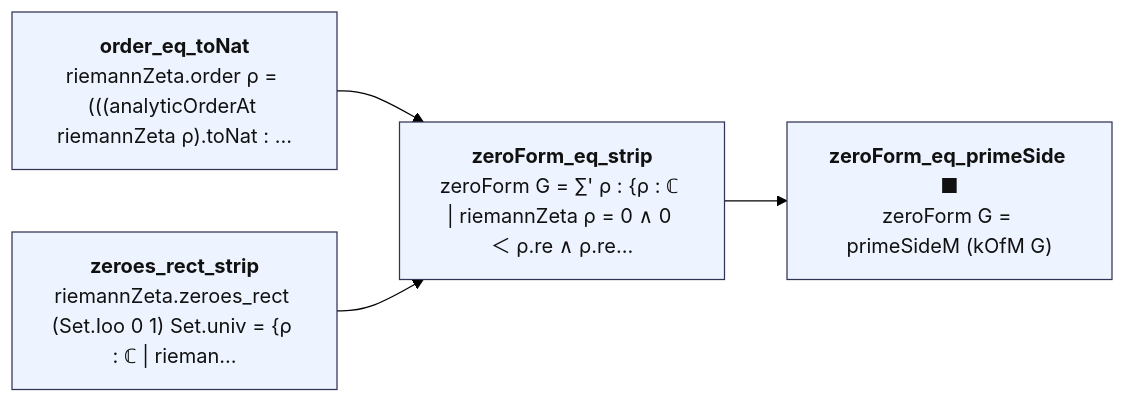
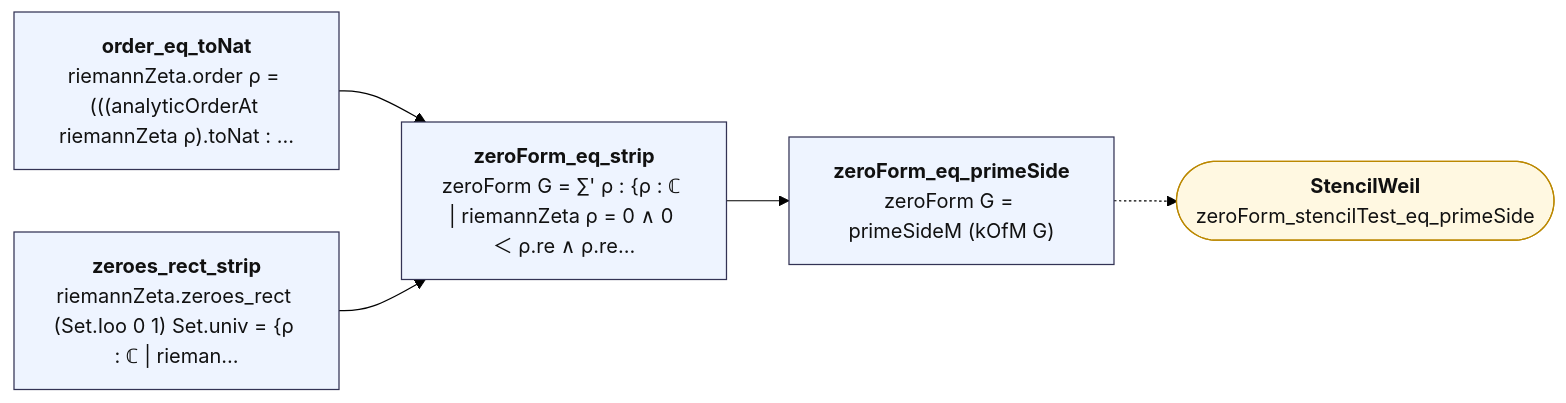
One commit to juliansambranojr/Primebeat_081426 changed the diagram in map/lean_stage3/WeilBridgeLeaf.mmd. Above: the diagram before and after it, drawn with Mermaid (forest theme). The commit also changed 28 other files, not shown here.

```diff
--- a/map/lean_stage3/WeilBridgeLeaf.mmd
+++ b/map/lean_stage3/WeilBridgeLeaf.mmd
@@ -1,16 +1,18 @@
 flowchart LR
   n0["<b>order_eq_toNat</b><br/>riemannZeta.order ρ = (((analyticOrderAt riemannZeta ρ).toNat : …"]:::thm
   n1["<b>zeroes_rect_strip</b><br/>riemannZeta.zeroes_rect (Set.Ioo 0 1) Set.univ = {ρ : ℂ | rieman…"]:::thm
   n2["<b>zeroForm_eq_strip</b><br/>zeroForm G = ∑' ρ : {ρ : ℂ | riemannZeta ρ = 0 ∧ 0 ＜ ρ.re ∧ ρ.re…"]:::thm
-  n3["<b>zeroForm_eq_primeSide ■</b><br/>zeroForm G = primeSideM (kOfM G)"]:::thm
+  n3["<b>zeroForm_eq_primeSide</b><br/>zeroForm G = primeSideM (kOfM G)"]:::thm
+  x0(["<b>StencilWeil</b><br/>zeroForm_stencilTest_eq_primeSide"]):::ext
   n0 --> n2
   n1 --> n2
   n2 --> n3
+  n3 -.-> x0
   classDef cnt fill:#dff5ec,stroke:#17694a,color:#111
   classDef shp fill:#f1ecfb,stroke:#5b3fa0,color:#111
   classDef rh fill:#ffe5e5,stroke:#c22,color:#111,stroke-width:2px
   classDef thm fill:#eef4ff,stroke:#335,color:#111
   classDef end_ fill:#e7f7e7,stroke:#2a7,color:#111,stroke-width:2px
   classDef lone fill:#fff,stroke:#999,color:#111,stroke-dasharray:4 3
   classDef bad fill:#ffe5e5,stroke:#c22,color:#111,stroke-width:2px
   classDef ext fill:#fff8e1,stroke:#b80,color:#111
```
